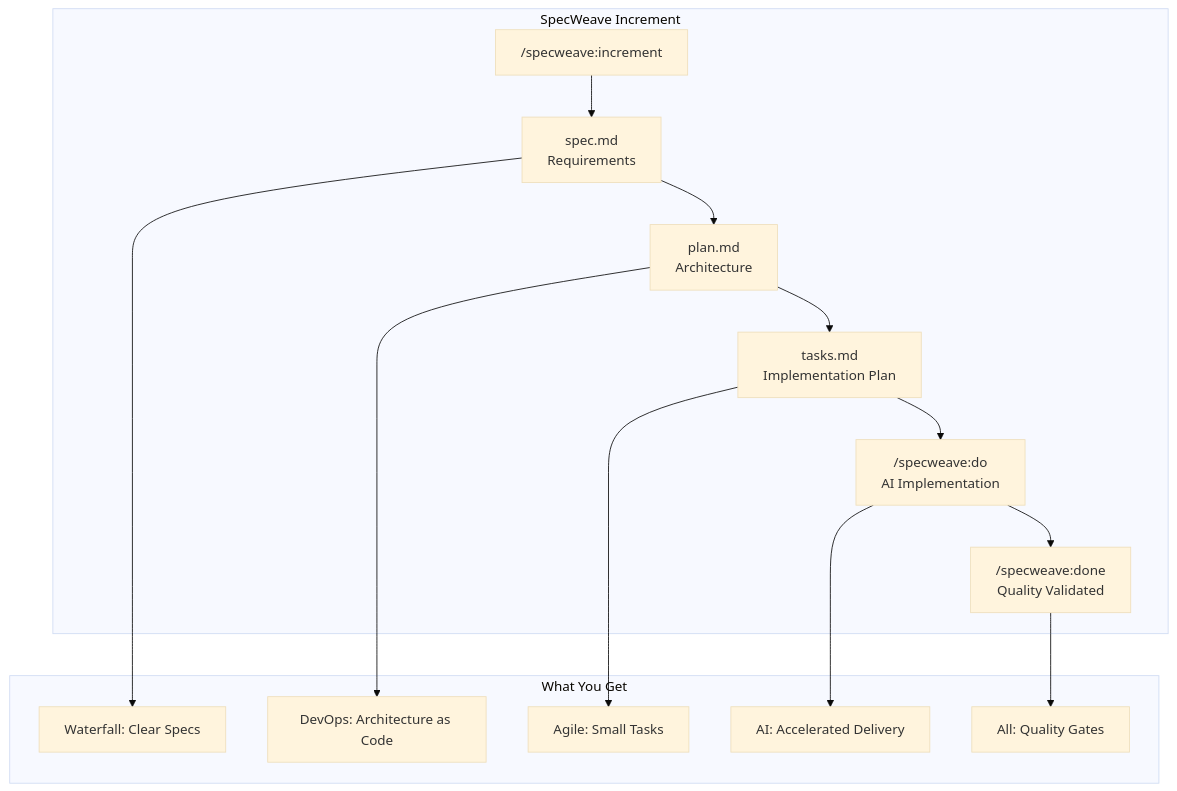
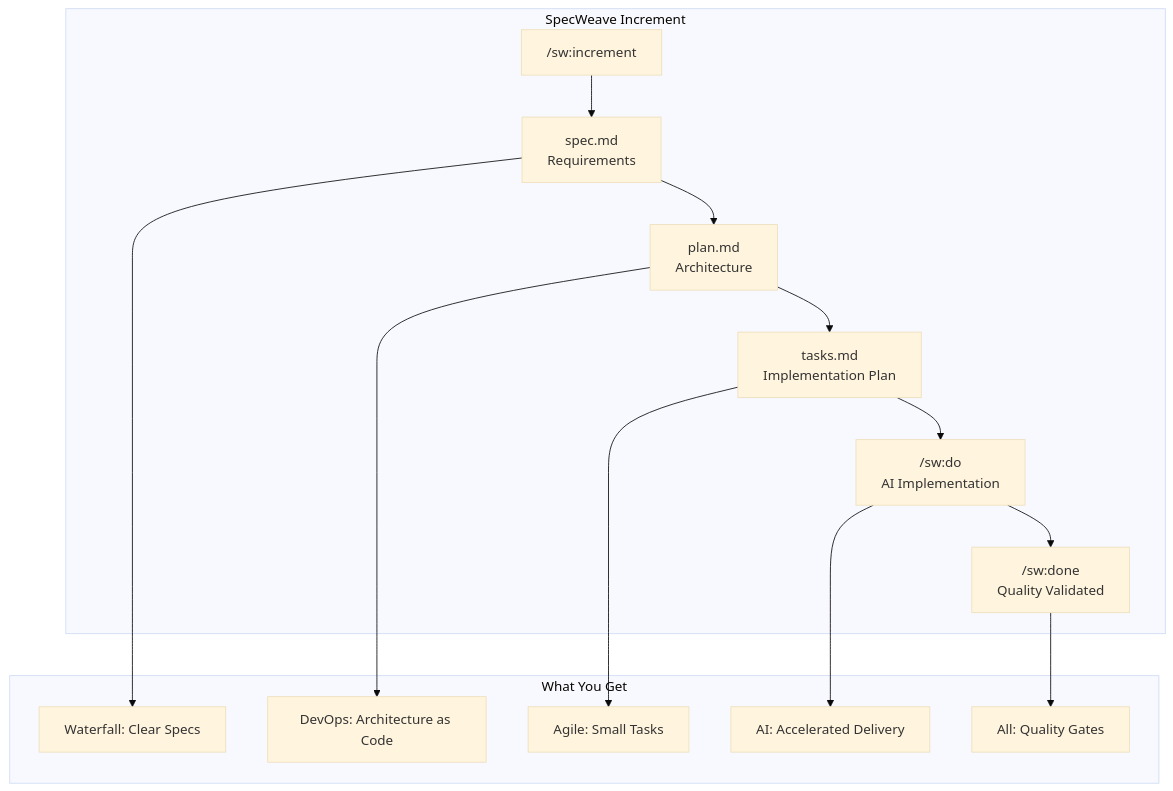
One commit to anton-abyzov/specweave changed the diagram in docs-site/docs/academy/part-1-foundations/03-engineering-principles/01-methodologies.md. Above: the diagram before and after it, drawn with Mermaid (base theme). The commit also changed other lines of this file and 505 other files, not shown here.

````diff
--- a/docs-site/docs/academy/part-1-foundations/03-engineering-principles/01-methodologies.md
+++ b/docs-site/docs/academy/part-1-foundations/03-engineering-principles/01-methodologies.md
@@ -259,18 +259,18 @@
 ```mermaid
 graph TB
     subgraph "SpecWeave Increment"
-        A["/specweave:increment"] --> B[spec.md<br/>Requirements]
+        A["/sw:increment"] --> B[spec.md<br/>Requirements]
         B --> C[plan.md<br/>Architecture]
         C --> D[tasks.md<br/>Implementation Plan]
-        D --> E["/specweave:do<br/>AI Implementation"]
-        E --> F["/specweave:done<br/>Quality Validated"]
+        D --> E["/sw:do<br/>AI Implementation"]
+        E --> F["/sw:done<br/>Quality Validated"]
     end
 
     subgraph "What You Get"
         B --> G[Waterfall: Clear Specs]
         C --> H[DevOps: Architecture as Code]
         D --> I[Agile: Small Tasks]
         E --> J[AI: Accelerated Delivery]
         F --> K[All: Quality Gates]
     end
 ```
````
